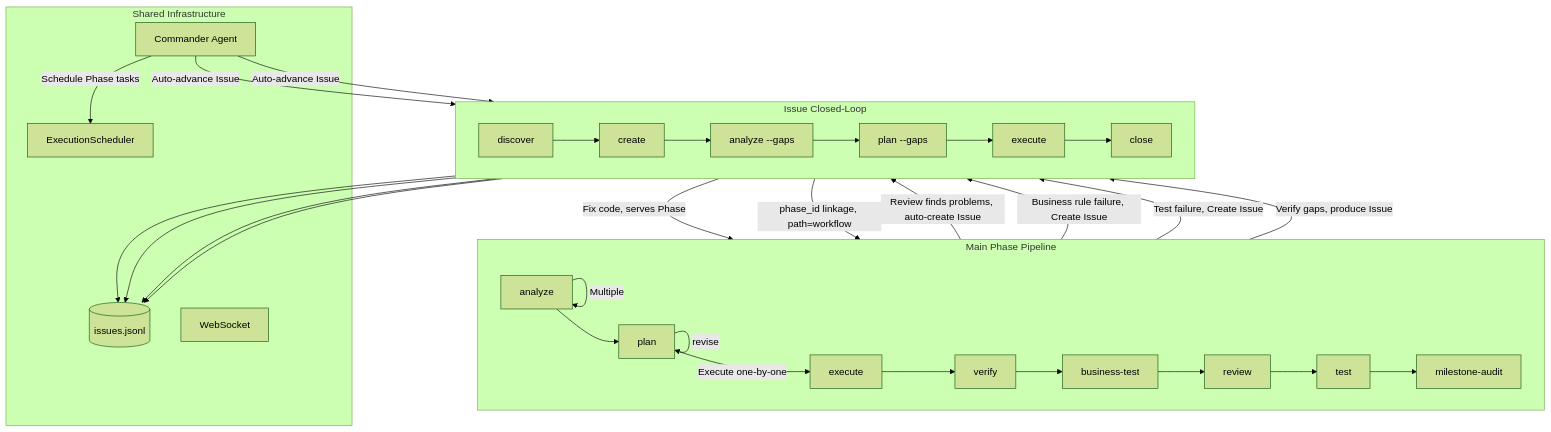
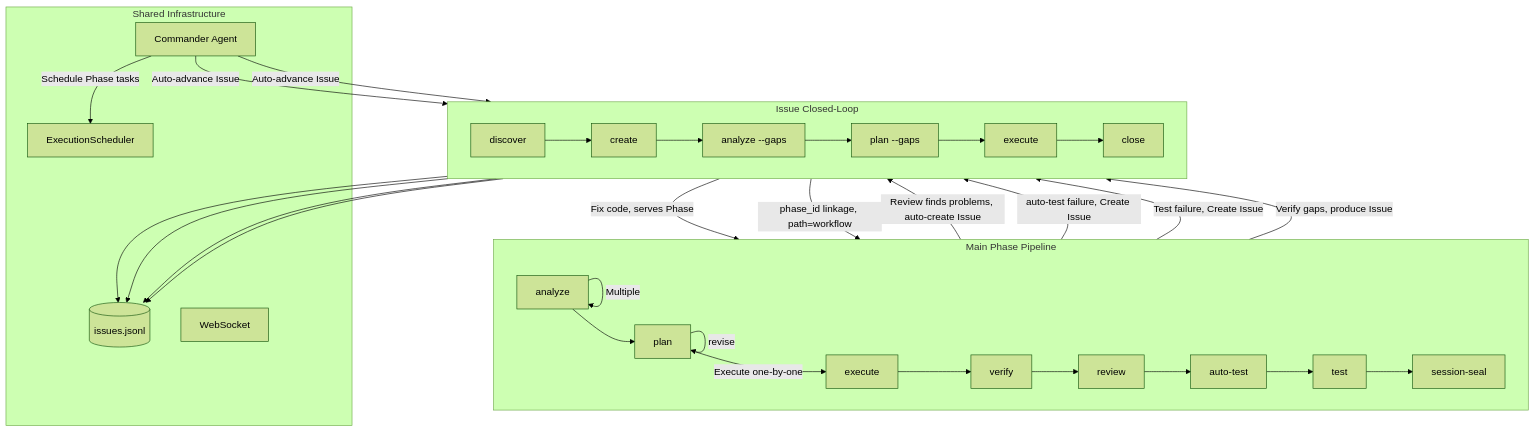
One commit to KatouRyuuji/maestro-flow changed the second of 2 diagrams in guide/command-usage-guide.en.md. Above: the diagram before and after it, drawn with Mermaid (forest theme). The commit also changed other lines of this file and 2 other files, not shown here.

````diff
--- a/guide/command-usage-guide.en.md
+++ b/guide/command-usage-guide.en.md
@@ -117,39 +115,39 @@
 ```mermaid
 graph TB
     subgraph phase_pipeline["Main Phase Pipeline"]
         direction LR
         AN["analyze"] -->|"Multiple"| AN
         AN --> PL["plan"] -->|"revise"| PL -->|"Execute one-by-one"| EX["execute"] --> VF["verify"]
-        VF --> QBT["business-test"] --> QR["review"] --> QT["test"] --> MA["milestone-audit"]
+        VF --> QR["review"] --> QBT["auto-test"] --> QT["test"] --> MA["session-seal"]
     end
 
     subgraph issue_loop["Issue Closed-Loop"]
         direction LR
         ID["discover"] --> IC["create"] --> IA["analyze --gaps"]
         IA --> IP["plan --gaps"] --> IE["execute"] --> ICL["close"]
     end
 
     subgraph shared["Shared Infrastructure"]
         JSONL[("issues.jsonl")]
         CMD["Commander Agent"]
         SCHED["ExecutionScheduler"]
         WS["WebSocket"]
     end
 
     QR -->|"Review finds problems, auto-create Issue"| IC
-    QBT -->|"Business rule failure, Create Issue"| IC
+    QBT -->|"auto-test failure, Create Issue"| IC
     QT -->|"Test failure, Create Issue"| IC
     VF -->|"Verify gaps, produce Issue"| IC
 
     IC -->|"phase_id linkage, path=workflow"| phase_pipeline
     IE -->|"Fix code, serves Phase"| EX
 
     CMD -->|"Schedule Phase tasks"| SCHED
     CMD -->|"Auto-advance Issue"| IA
     CMD -->|"Auto-advance Issue"| IP
 
     IC --> JSONL
     IA --> JSONL
     IP --> JSONL
     IE --> JSONL
 ```
````
